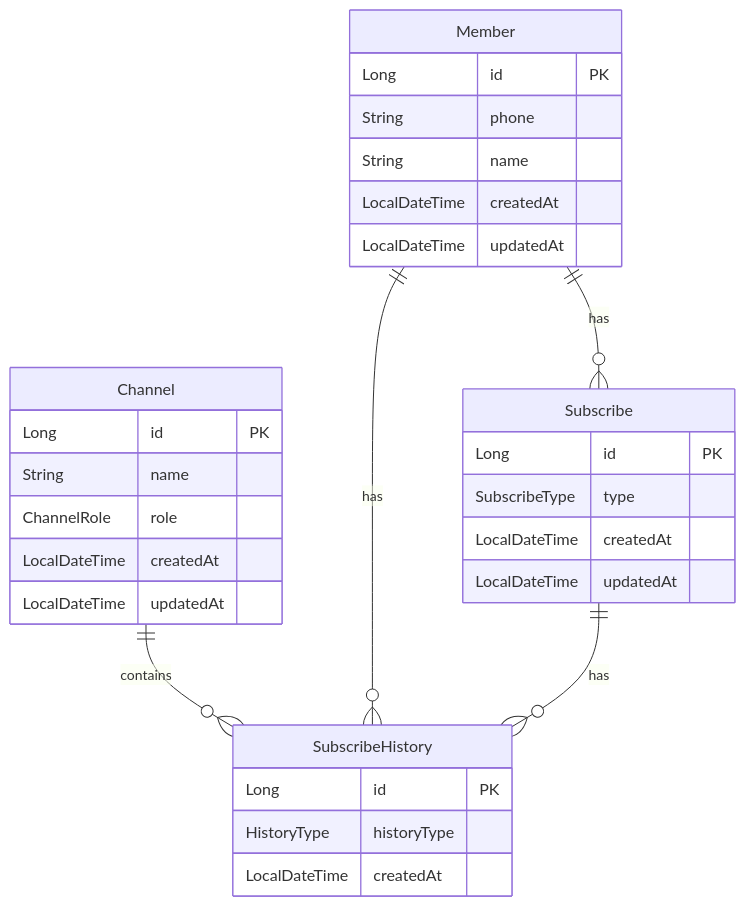
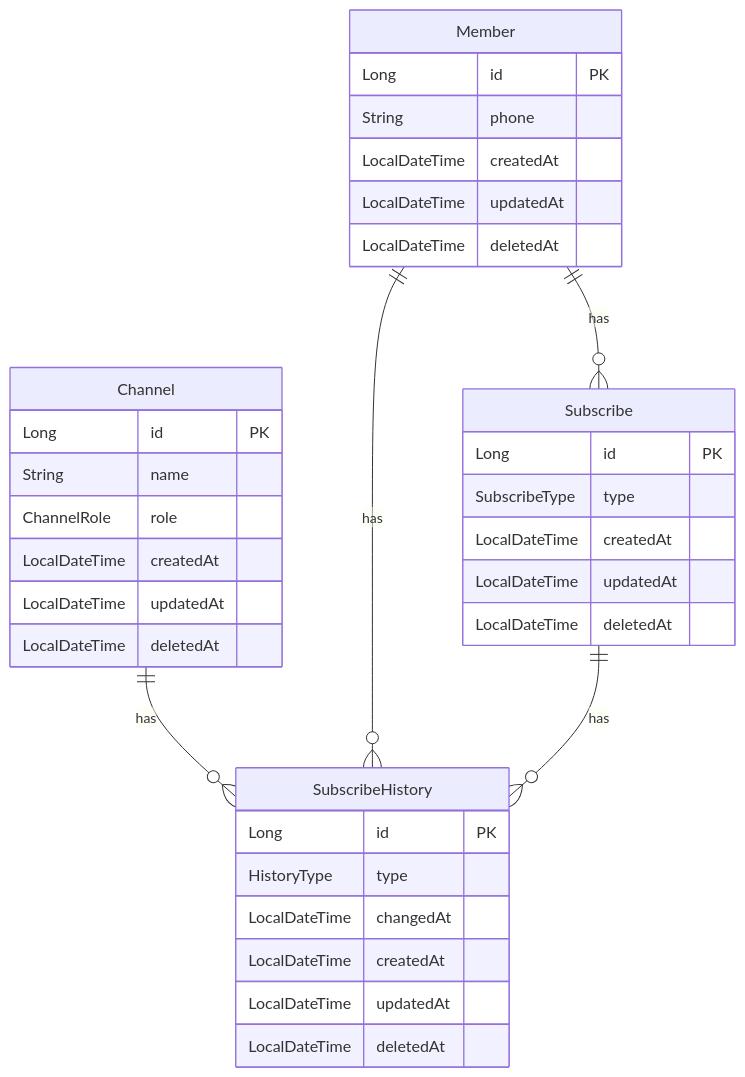
The diagram in README.md (dc-choi/artinus), drawn with Mermaid before and after one commit. The commit also changed other lines of this file, not shown here.

Commit message:
docs: README.md 오타 수정

````diff
--- a/README.md
+++ b/README.md
@@ -17,36 +17,41 @@
 ```mermaid
 erDiagram
     Member {
         Long id PK
         String phone
-        String name
         LocalDateTime createdAt
         LocalDateTime updatedAt
+        LocalDateTime deletedAt
     }
 
     Channel {
         Long id PK
         String name
         ChannelRole role
         LocalDateTime createdAt
         LocalDateTime updatedAt
+        LocalDateTime deletedAt
     }
 
     Subscribe {
         Long id PK
         SubscribeType type
         LocalDateTime createdAt
         LocalDateTime updatedAt
+        LocalDateTime deletedAt
     }
 
     SubscribeHistory {
         Long id PK
-        HistoryType historyType
+        HistoryType type
+        LocalDateTime changedAt
         LocalDateTime createdAt
+        LocalDateTime updatedAt
+        LocalDateTime deletedAt
     }
 
     Member ||--o{ Subscribe : has
-    Channel ||--o{ SubscribeHistory : contains
+    Channel ||--o{ SubscribeHistory : has
     Member ||--o{ SubscribeHistory : has
     Subscribe ||--o{ SubscribeHistory : has
 ```
````
